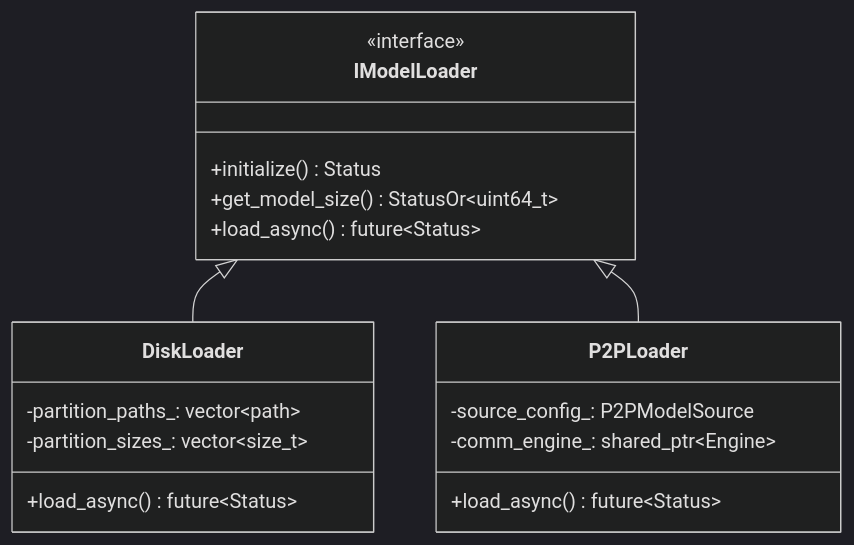
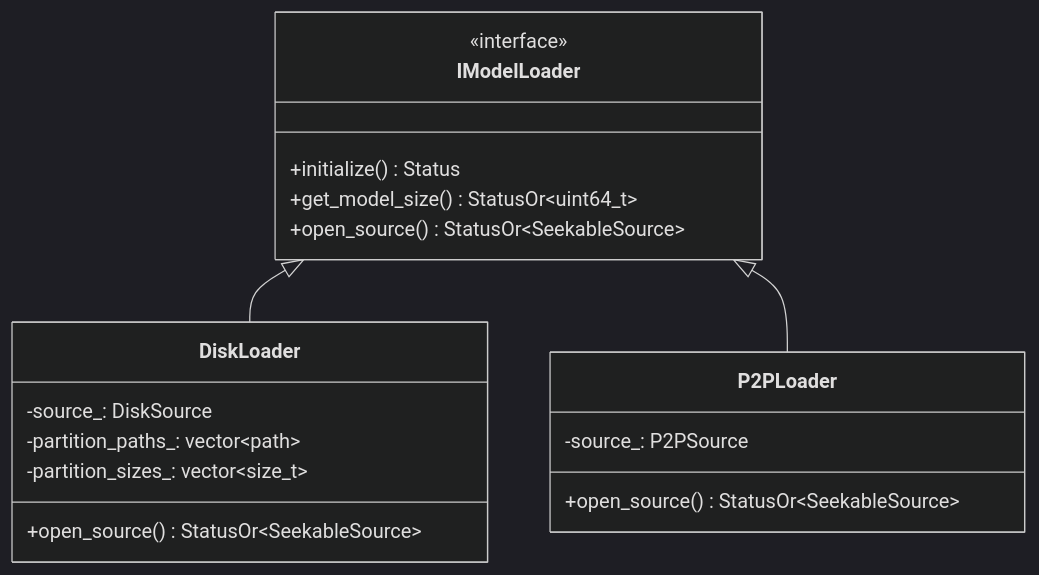
Before and after one commit to tensorcast-ai/tensorcast: the third of 16 diagrams in web-docs/docs/developer-guides/core/store/architecture.md, drawn with Mermaid (dark theme). The commit also changed other lines of this file and 66 other files, not shown here.

````diff
--- a/web-docs/docs/developer-guides/core/store/architecture.md
+++ b/web-docs/docs/developer-guides/core/store/architecture.md
@@ -119,24 +177,24 @@
 ```mermaid
 classDiagram
     class IModelLoader {
         <<interface>>
         +initialize() Status
         +get_model_size() StatusOr~uint64_t~
-        +load_async() future~Status~
+        +open_source() StatusOr~SeekableSource~
     }
 
     class DiskLoader {
+        -source_: DiskSource
         -partition_paths_: vector~path~
         -partition_sizes_: vector~size_t~
-        +load_async() future~Status~
+        +open_source() StatusOr~SeekableSource~
     }
 
     class P2PLoader {
-        -source_config_: P2PModelSource
-        -comm_engine_: shared_ptr~Engine~
-        +load_async() future~Status~
+        -source_: P2PSource
+        +open_source() StatusOr~SeekableSource~
     }
 
     IModelLoader <|-- DiskLoader
     IModelLoader <|-- P2PLoader
 ```
````
